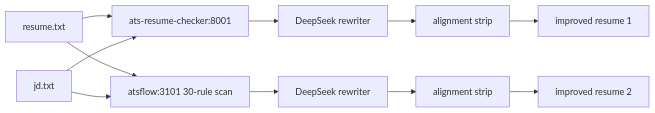
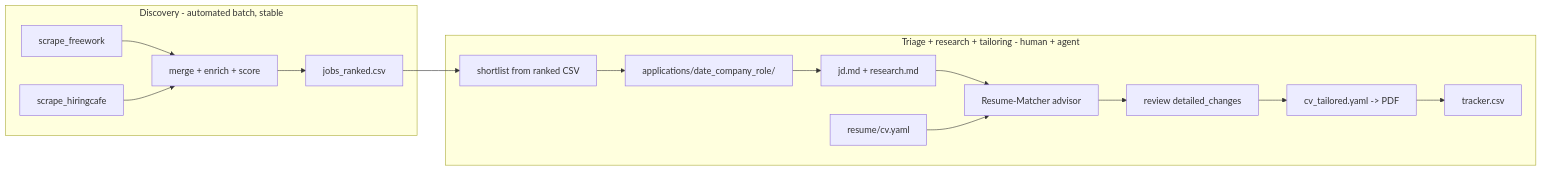
Before and after one commit to evanokeefe39/job-search-toolkit: the diagram in README.md, drawn with Mermaid. The commit also changed other lines of this file and 157 other files, not shown here.

````diff
--- a/README.md
+++ b/README.md
@@ -107,13 +118,18 @@
 ```mermaid
 flowchart LR
-    R[resume.txt] --> M1[ats-resume-checker:8001]
-    J[jd.txt] --> M1
-    R --> M2[atsflow:3101 30-rule scan]
-    J --> M2
-    M1 --> W1[DeepSeek rewriter]
-    M2 --> W2[DeepSeek rewriter]
-    W1 --> A1[alignment strip]
-    W2 --> A2[alignment strip]
-    A1 --> O1[improved resume 1]
-    A2 --> O2[improved resume 2]
+    subgraph DISCOVERY[Discovery - automated batch, stable]
+        S1[scrape_freework] --> M[merge + enrich + score]
+        S2[scrape_hiringcafe] --> M
+        M --> R[jobs_ranked.csv]
+    end
+    subgraph WORKSPACE[Triage + research + tailoring - human + agent]
+        R --> PICK[shortlist from ranked CSV]
+        PICK --> APP[applications/date_company_role/]
+        APP --> RES[jd.md + research.md]
+        RES --> RM[Resume-Matcher advisor]
+        MASTER[resume/cv.yaml] --> RM
+        RM --> DIFF[review detailed_changes]
+        DIFF --> TAILOR[cv_tailored.yaml -> PDF]
+        TAILOR --> TRACK[tracker.csv]
+    end
 ```
````
